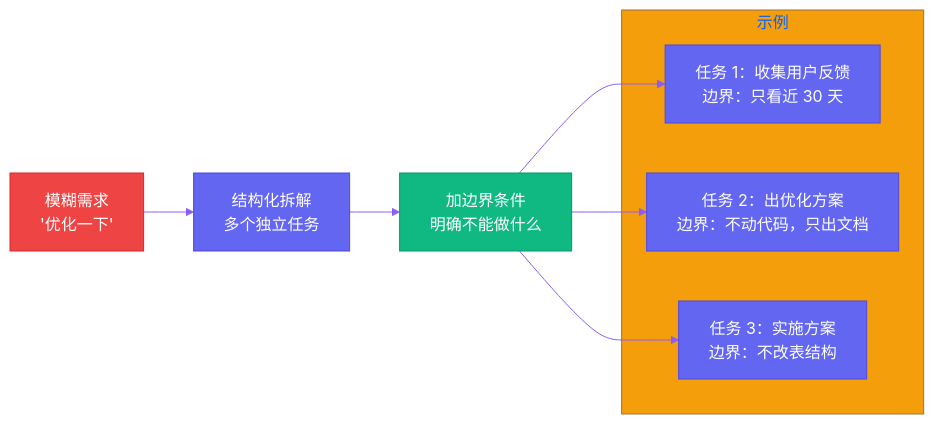
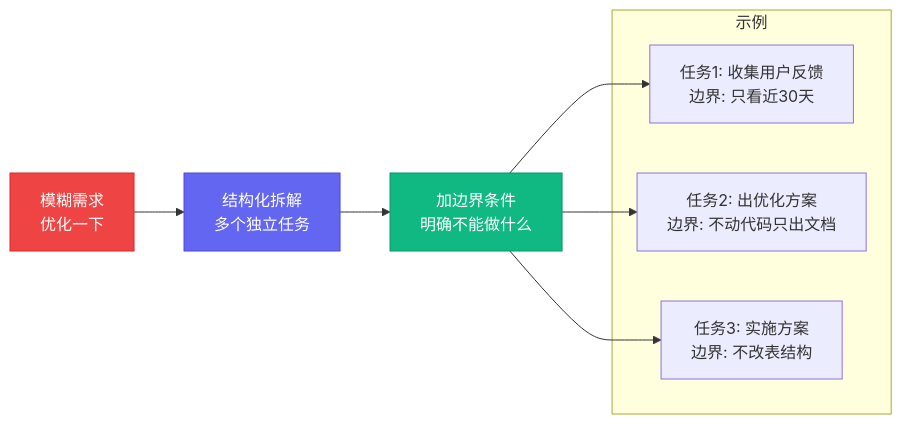
One commit to VokoForge/ai-prism changed the diagram in posts/yason-and-roberts/zh/ch07.md. Above: the diagram before and after it, drawn with Mermaid. The commit also changed 31 other files, not shown here.

First line of the commit message:
✨ Rewrite all articles: hook titles, Mermaid diagrams, engaging style

````diff
--- a/posts/yason-and-roberts/zh/ch07.md
+++ b/posts/yason-and-roberts/zh/ch07.md
@@ -50,20 +50,19 @@
 ```mermaid
-%%{init: {'theme': 'base', 'themeVariables': {'primaryColor': '#6366f1','primaryTextColor': '#fff','primaryBorderColor': '#4f46e5','lineColor': '#8b5cf6','secondaryColor': '#ec4899','tertiaryColor': '#f59e0b'}}}%%
 flowchart LR
-    A["模糊需求<br>'优化一下'"] --> B["结构化拆解<br>多个独立任务"]
+    A["模糊需求<br>优化一下"] --> B["结构化拆解<br>多个独立任务"]
     B --> C["加边界条件<br>明确不能做什么"]
 
     subgraph "示例"
-        T1["任务 1：收集用户反馈<br>边界：只看近 30 天"]
-        T2["任务 2：出优化方案<br>边界：不动代码，只出文档"]
-        T3["任务 3：实施方案<br>边界：不改表结构"]
+        T1["任务1: 收集用户反馈<br>边界: 只看近30天"]
+        T2["任务2: 出优化方案<br>边界: 不动代码只出文档"]
+        T3["任务3: 实施方案<br>边界: 不改表结构"]
     end
 
     C --> T1
     C --> T2
     C --> T3
 
     style A fill:#ef4444,stroke:#dc2626,color:#fff
     style B fill:#6366f1,stroke:#4f46e5,color:#fff
     style C fill:#10b981,stroke:#059669,color:#fff
 ```
````
